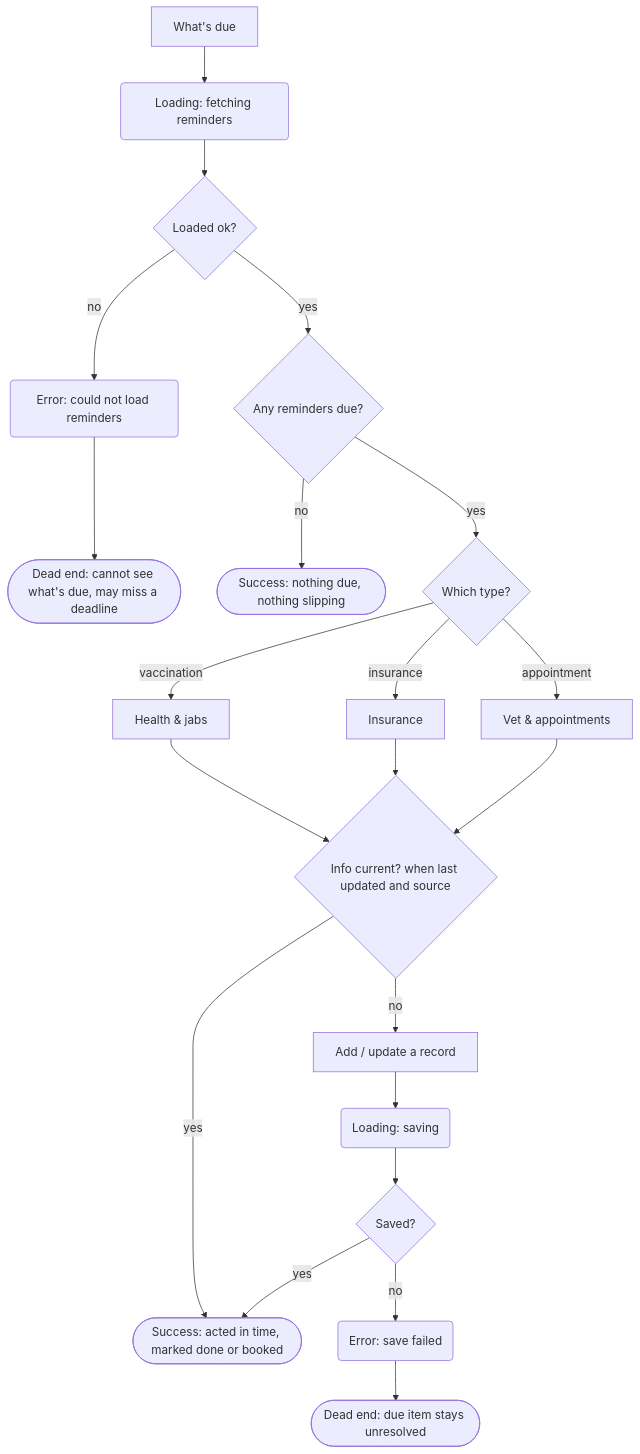
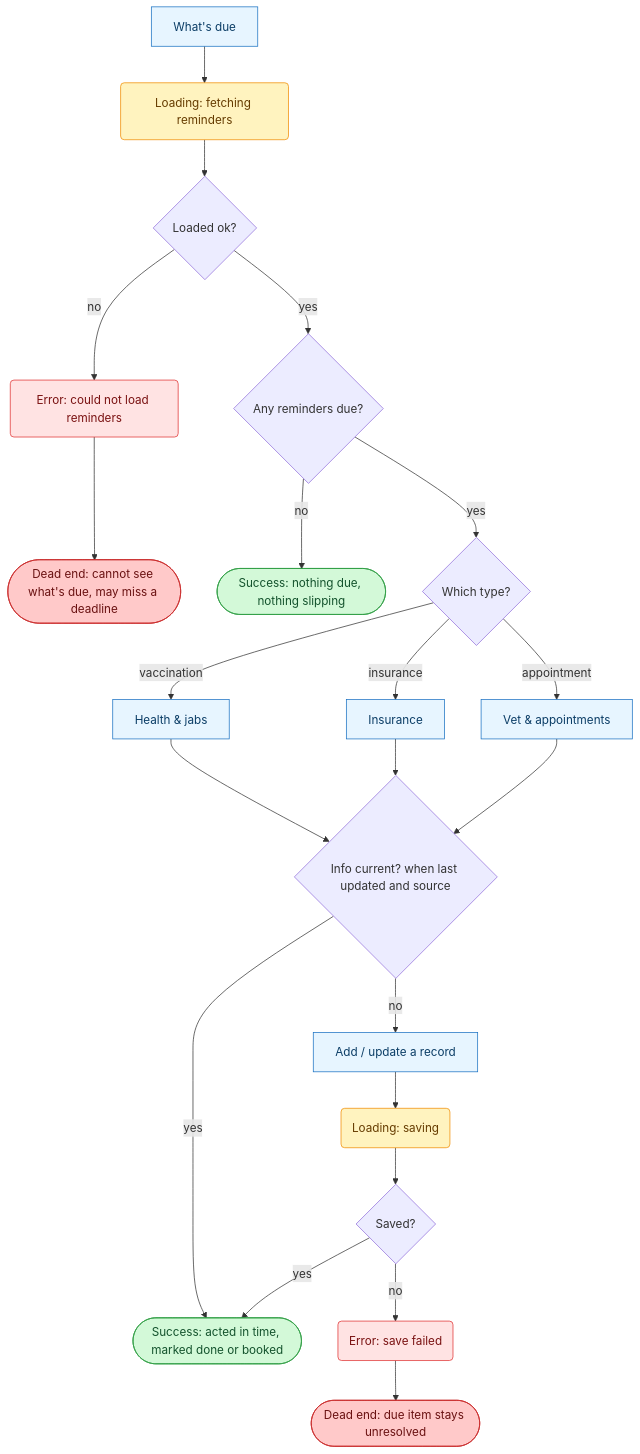
The third of 4 diagrams in research/flows.md (anaferens/pet-pal), drawn with Mermaid before and after one commit. The commit also changed other lines of this file, not shown here.

First line of the commit message:
Colour-code user-flow diagrams

````diff
--- a/research/flows.md
+++ b/research/flows.md
@@ -83,23 +116,34 @@
 ```mermaid
 flowchart TD
   Whats["What's due"] --> Load("Loading: fetching reminders")
   Load --> Q0{"Loaded ok?"}
   Q0 -->|no| Err("Error: could not load reminders")
   Err --> DeadLoad(["Dead end: cannot see what's due, may miss a deadline"])
   Q0 -->|yes| Q1{"Any reminders due?"}
   Q1 -->|no| EmptyDone(["Success: nothing due, nothing slipping"])
   Q1 -->|yes| Q2{"Which type?"}
   Q2 -->|vaccination| Health["Health & jabs"]
   Q2 -->|insurance| Insurance["Insurance"]
   Q2 -->|appointment| Vet["Vet & appointments"]
   Health --> Q3{"Info current? when last updated and source"}
   Insurance --> Q3
   Vet --> Q3
   Q3 -->|yes| Acted(["Success: acted in time, marked done or booked"])
   Q3 -->|no| AddRec["Add / update a record"]
   AddRec --> SaveLoad("Loading: saving")
   SaveLoad --> Q4{"Saved?"}
   Q4 -->|no| SaveErr("Error: save failed")
   SaveErr --> DeadSave(["Dead end: due item stays unresolved"])
   Q4 -->|yes| Acted
+
+  classDef screen fill:#e7f5ff,stroke:#1971c2,color:#0b3d66;
+  classDef state fill:#fff3bf,stroke:#f08c00,color:#663c00;
+  classDef error fill:#ffe3e3,stroke:#e03131,color:#7a1212;
+  classDef success fill:#d3f9d8,stroke:#2f9e44,color:#14532d;
+  classDef deadend fill:#ffc9c9,stroke:#c92a2a,color:#6a1212;
+  class Whats,Health,Insurance,Vet,AddRec screen;
+  class Load,SaveLoad state;
+  class Err,SaveErr error;
+  class EmptyDone,Acted success;
+  class DeadLoad,DeadSave deadend;
 ```
````
